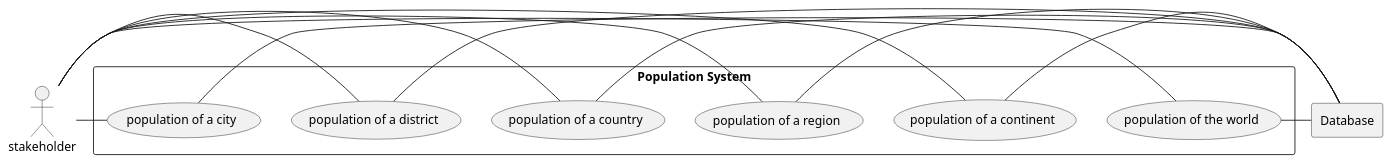
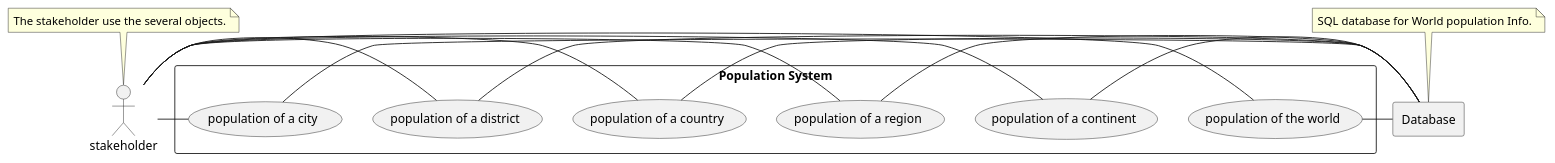
Before and after one commit to DevOpsGp4/DevOps4: the diagram in use-cases/worldSystem3.puml, drawn with PlantUML.

Commit message:
Update Diagram4

```diff
--- a/use-cases/worldSystem3.puml
+++ b/use-cases/worldSystem3.puml
@@ -1,26 +1,29 @@
 @startuml
 rectangle Database
 actor User as "stakeholder"
 
 rectangle "Population System"{
 /'Define'/
 (population of the world) as world
 (population of a continent) as continent
 (population of a region) as region
 (population of a country) as country
 (population of a district) as district
 (population of a city) as city
 /'Connect'/
 (User) - (world)
 (User) - (continent)
 (User) - (region)
 (User) - (country)
 (User) - (district)
 (User) - (city)
 (Database) - (world)
 (Database) - (continent)
 (Database) - (region)
 (Database) - (country)
 (Database) - (district)
 (Database) - (city)
+}
+note top of Database : SQL database for World population Info.
+note top of User : The stakeholder use the several objects.
 @enduml
```
